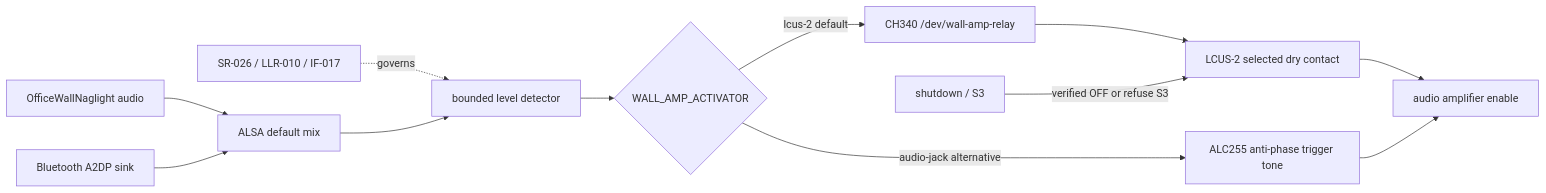
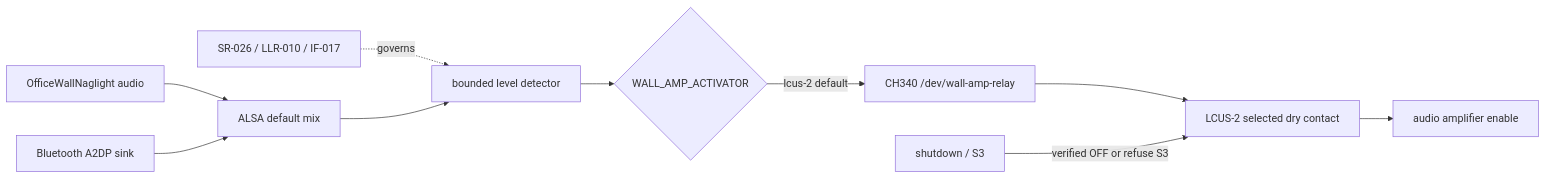
The second of 9 diagrams in docs/architecture.md (diytechy/MiniPC-Deployer), drawn with Mermaid before and after one commit. The commit also changed 5 other files, not shown here.

First line of the commit message:
Retire the headphone-jack trigger tone; LCUS-2 is the only actuator

````diff
--- a/docs/architecture.md
+++ b/docs/architecture.md
@@ -173,14 +173,13 @@
 ```mermaid
 flowchart LR
     contract["SR-026 / LLR-010 / IF-017"] -. governs .-> detector
     app[OfficeWallNaglight audio] --> alsa[ALSA default mix]
     bt[Bluetooth A2DP sink] --> alsa
     alsa --> detector[bounded level detector]
     detector --> selector{WALL_AMP_ACTIVATOR}
     selector -->|lcus-2 default| serial[CH340 /dev/wall-amp-relay]
     serial --> relay[LCUS-2 selected dry contact]
-    selector -->|audio-jack alternative| tone[ALC255 anti-phase trigger tone]
     relay --> amp[audio amplifier enable]
-    tone --> amp
+    %% audio-jack tone actuator retired 2026-09-13; LCUS-2 is the only path
     power[shutdown / S3] -->|verified OFF or refuse S3| relay
 ```
````
